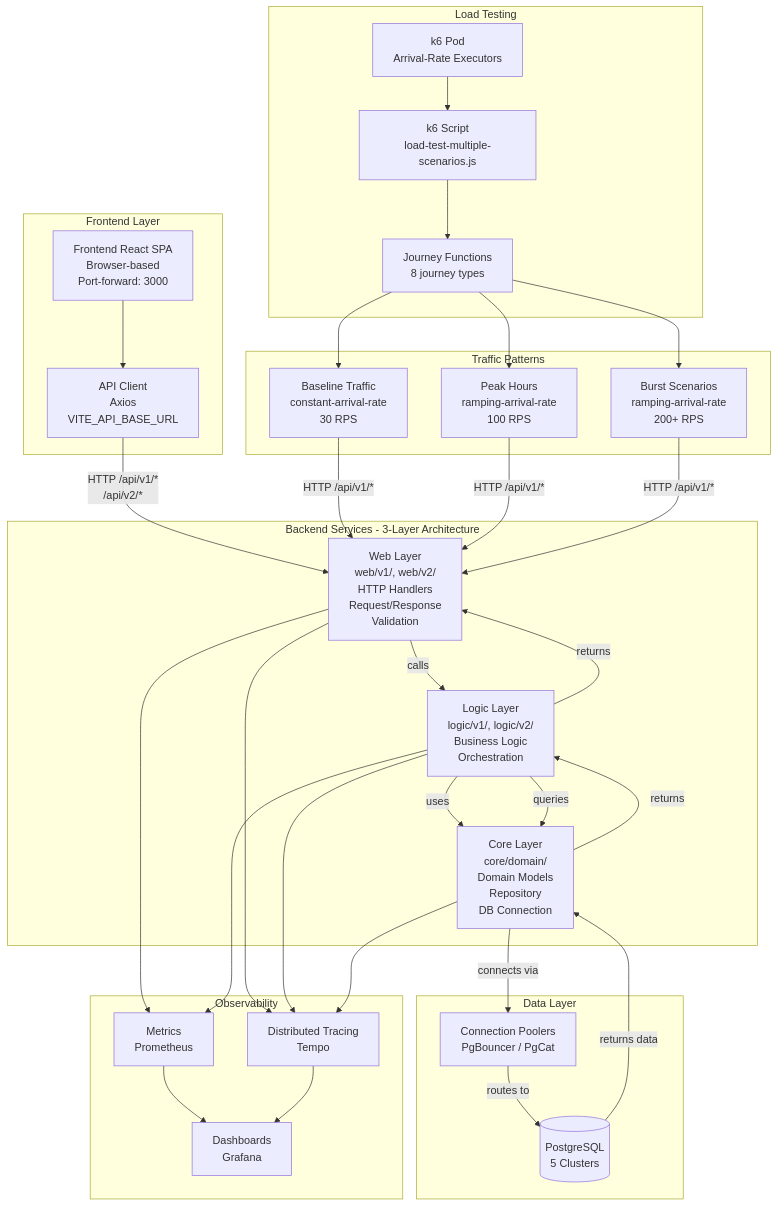
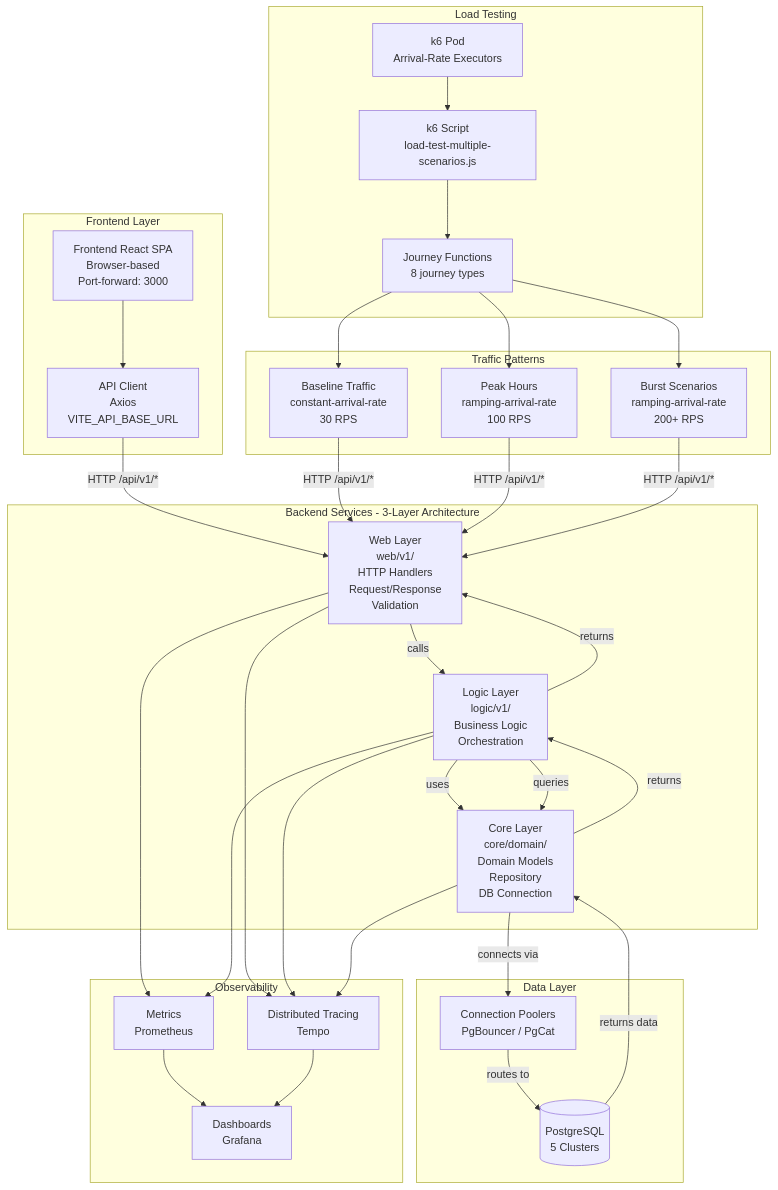
Before and after one commit to duynhlab/homelab: the diagram in README.md, drawn with Mermaid. The commit also changed other lines of this file and 12 other files, not shown here.

````diff
--- a/README.md
+++ b/README.md
@@ -30,69 +30,69 @@
 ```mermaid
 flowchart TB
     subgraph "Frontend Layer"
         FE[Frontend React SPA<br/>Browser-based<br/>Port-forward: 3000]
         FEAPI[API Client<br/>Axios<br/>VITE_API_BASE_URL]
     end
     
     subgraph "Load Testing"
         K6[k6 Pod<br/>Arrival-Rate Executors]
         Script[k6 Script<br/>load-test-multiple-scenarios.js]
         Journeys[Journey Functions<br/>8 journey types]
     end
     
     subgraph "Traffic Patterns"
         Baseline[Baseline Traffic<br/>constant-arrival-rate<br/>30 RPS]
         Peak[Peak Hours<br/>ramping-arrival-rate<br/>100 RPS]
         Burst[Burst Scenarios<br/>ramping-arrival-rate<br/>200+ RPS]
     end
     
     subgraph "Backend Services - 3-Layer Architecture"
-        Web[Web Layer<br/>web/v1/, web/v2/<br/>HTTP Handlers<br/>Request/Response<br/>Validation]
-        Logic[Logic Layer<br/>logic/v1/, logic/v2/<br/>Business Logic<br/>Orchestration]
+        Web[Web Layer<br/>web/v1/<br/>HTTP Handlers<br/>Request/Response<br/>Validation]
+        Logic[Logic Layer<br/>logic/v1/<br/>Business Logic<br/>Orchestration]
         Core[Core Layer<br/>core/domain/<br/>Domain Models<br/>Repository<br/>DB Connection]
     end
     
     subgraph "Data Layer"
         Pooler[Connection Poolers<br/>PgBouncer / PgCat]
         Database[(PostgreSQL<br/>5 Clusters)]
     end
     
     subgraph "Observability"
         Tempo[Distributed Tracing<br/>Tempo]
         Prometheus[Metrics<br/>Prometheus]
         Grafana[Dashboards<br/>Grafana]
     end
     
     FE --> FEAPI
-    FEAPI -->|"HTTP /api/v1/*<br/>/api/v2/*"| Web
+    FEAPI -->|"HTTP /api/v1/*"| Web
     
     K6 --> Script
     Script --> Journeys
     
     Journeys --> Baseline
     Journeys --> Peak
     Journeys --> Burst
     
     Baseline -->|"HTTP /api/v1/*"| Web
     Peak -->|"HTTP /api/v1/*"| Web
     Burst -->|"HTTP /api/v1/*"| Web
     
     Web -->|calls| Logic
     Logic -->|uses| Core
     Logic -->|queries| Core
     Core -->|connects via| Pooler
     Pooler -->|routes to| Database
     Database -->|returns data| Core
     Core -->|returns| Logic
     Logic -->|returns| Web
     
     Web --> Tempo
     Logic --> Tempo
     Core --> Tempo
     
     Web --> Prometheus
     Logic --> Prometheus
     
     Prometheus --> Grafana
     Tempo --> Grafana
 ```
````
